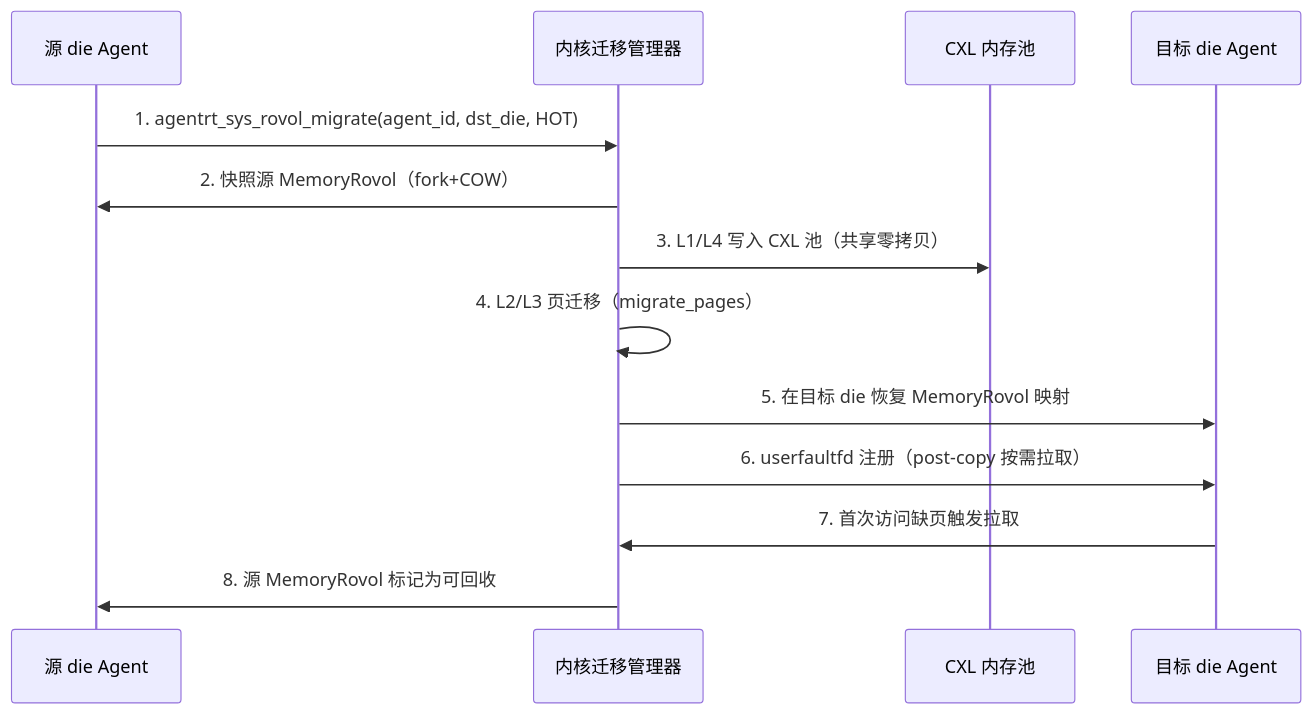
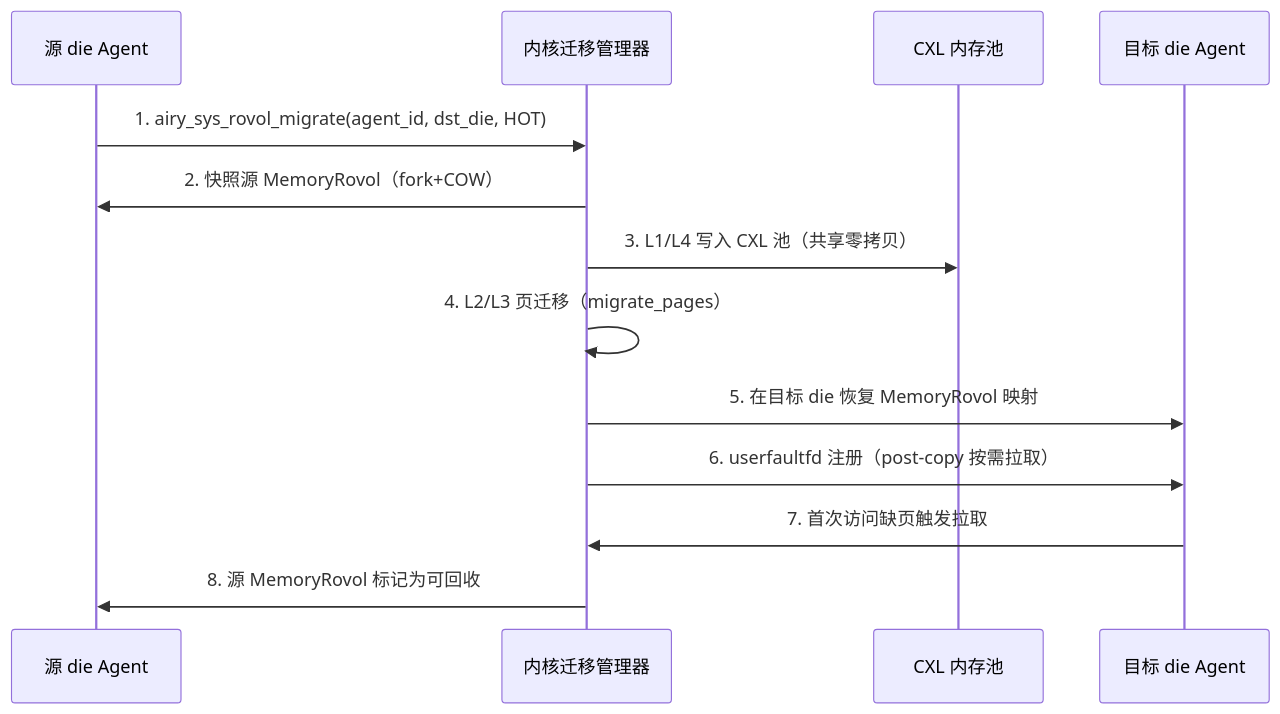
The first of 6 diagrams in 150-cloudnative/04-supernode-os.md (openairymax/docs-linux), drawn with Mermaid before and after one commit. The commit also changed other lines of this file and 132 other files, not shown here.

Commit message:
chore: 完成全项目命名空间从agentrt到airy的统一替换 本次提交完成了代码库中所有`agentrt_`相关命名空间、宏定义、标识符的统一替换，改为`airy_`前缀，同时完成了部分文档的排版优化与路径修正： 1. 替换了所有API函数、结构体、宏定义的命名前缀 2. 更新了文档中的示例代码与引用路径

````diff
--- a/150-cloudnative/04-supernode-os.md
+++ b/150-cloudnative/04-supernode-os.md
@@ -261,16 +261,16 @@
 ```mermaid
 sequenceDiagram
     participant SRC as 源 die Agent
     participant KERN as 内核迁移管理器
     participant CXL as CXL 内存池
     participant DST as 目标 die Agent
 
-    SRC->>KERN: 1. agentrt_sys_rovol_migrate(agent_id, dst_die, HOT)
+    SRC->>KERN: 1. airy_sys_rovol_migrate(agent_id, dst_die, HOT)
     KERN->>SRC: 2. 快照源 MemoryRovol（fork+COW）
     KERN->>CXL: 3. L1/L4 写入 CXL 池（共享零拷贝）
     KERN->>KERN: 4. L2/L3 页迁移（migrate_pages）
     KERN->>DST: 5. 在目标 die 恢复 MemoryRovol 映射
     KERN->>DST: 6. userfaultfd 注册（post-copy 按需拉取）
     DST->>KERN: 7. 首次访问缺页触发拉取
     KERN->>SRC: 8. 源 MemoryRovol 标记为可回收
 ```
````
